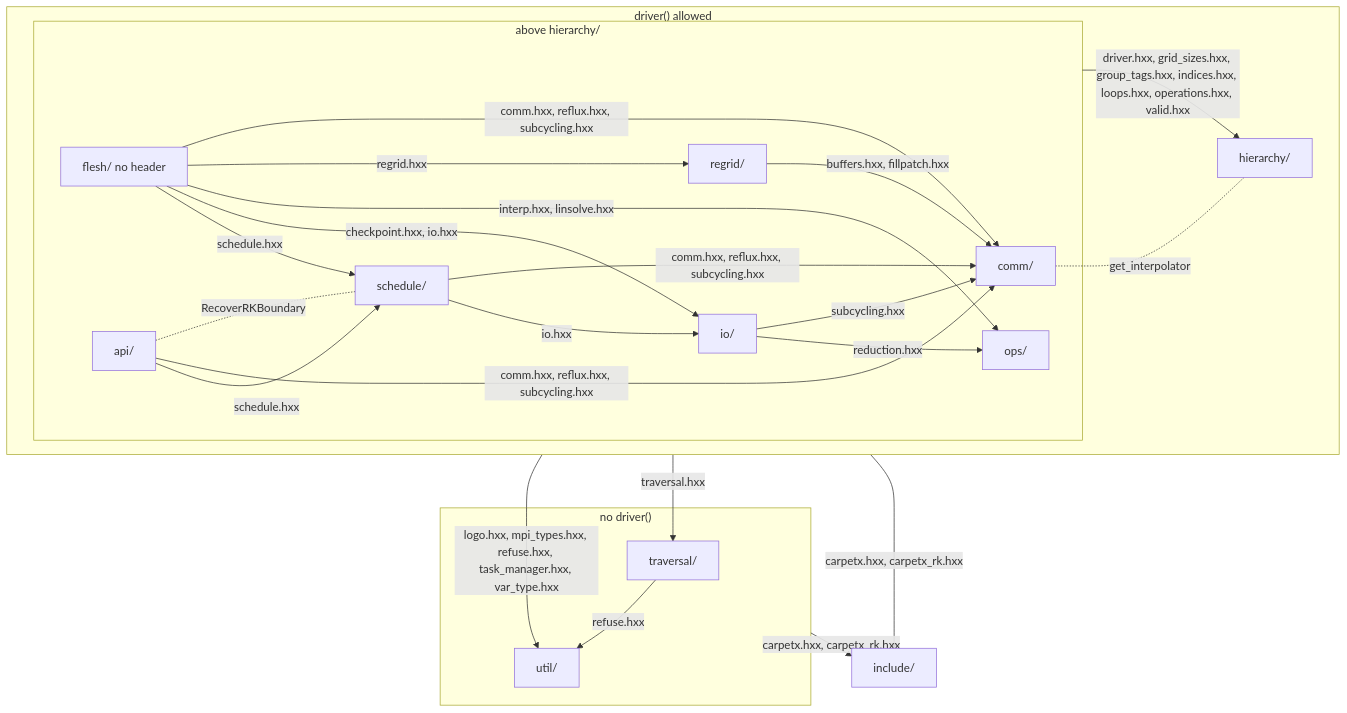
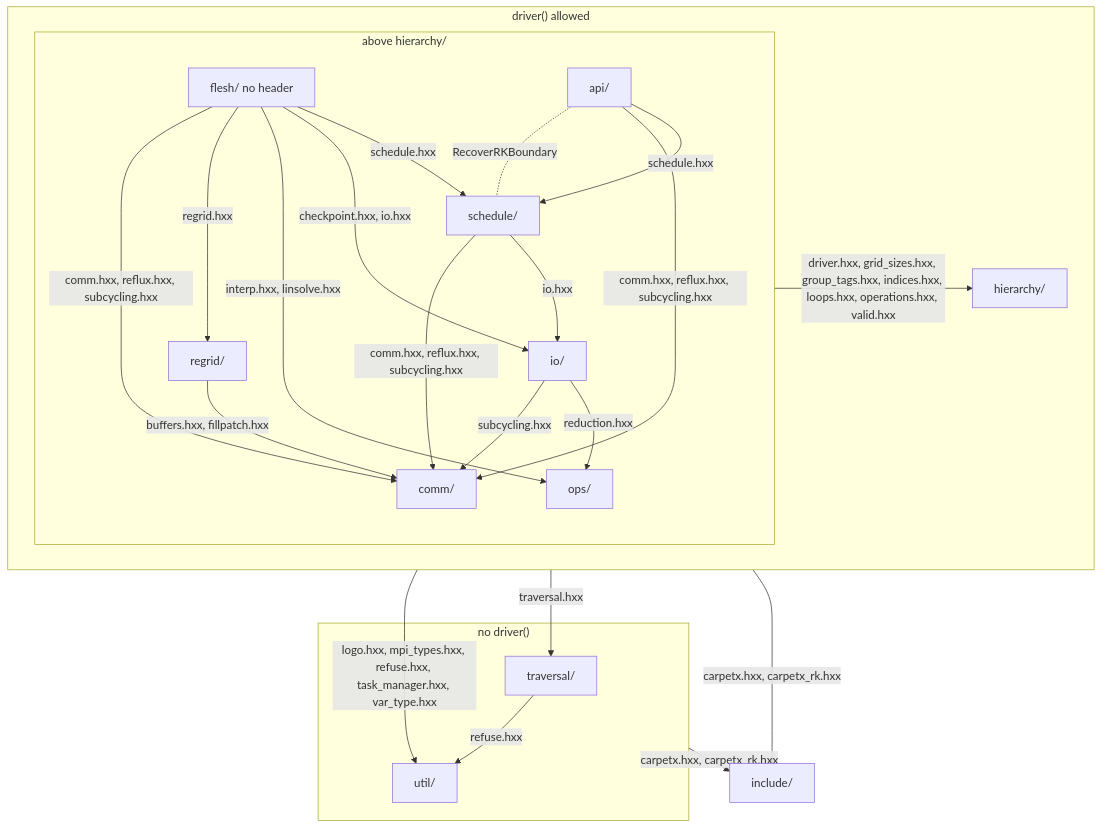
One commit to lwJi/CarpetX changed the first of 3 diagrams in agent_docs/carpetx-internals.md. Above: the diagram before and after it, drawn with Mermaid. The commit also changed 16 other files, not shown here.

````diff
--- a/agent_docs/carpetx-internals.md
+++ b/agent_docs/carpetx-internals.md
@@ -7,40 +7,39 @@
 ```mermaid
 flowchart TB
   subgraph door["driver() allowed"]
     subgraph above["above hierarchy/"]
       flesh["flesh/ no header"]
       api["api/"]
       schedule["schedule/"]
       io["io/"]
       ops["ops/"]
       regrid["regrid/"]
       comm["comm/"]
     end
     hierarchy["hierarchy/"]
   end
   subgraph nodoor["no driver()"]
     traversal["traversal/"]
     util["util/"]
   end
   include["include/"]
   flesh -- "schedule.hxx" --> schedule
   flesh -- "checkpoint.hxx, io.hxx" --> io
   flesh -- "interp.hxx, linsolve.hxx" --> ops
   flesh -- "regrid.hxx" --> regrid
   flesh -- "comm.hxx, reflux.hxx, subcycling.hxx" --> comm
   api -- "schedule.hxx" --> schedule
   api -- "comm.hxx, reflux.hxx, subcycling.hxx" --> comm
   schedule -- "io.hxx" --> io
   schedule -- "comm.hxx, reflux.hxx, subcycling.hxx" --> comm
   io -- "reduction.hxx" --> ops
   io -- "subcycling.hxx" --> comm
   regrid -- "buffers.hxx, fillpatch.hxx" --> comm
   traversal -- "refuse.hxx" --> util
   above -- "driver.hxx, grid_sizes.hxx, group_tags.hxx, indices.hxx, loops.hxx, operations.hxx, valid.hxx" --> hierarchy
   door -- "traversal.hxx" --> traversal
   door -- "logo.hxx, mpi_types.hxx, refuse.hxx, task_manager.hxx, var_type.hxx" --> util
   door -- "carpetx.hxx, carpetx_rk.hxx" --> include
   nodoor -- "carpetx.hxx, carpetx_rk.hxx" --> include
-  comm -. "get_interpolator" .- hierarchy
   api -. "RecoverRKBoundary" .- schedule
 ```
````
